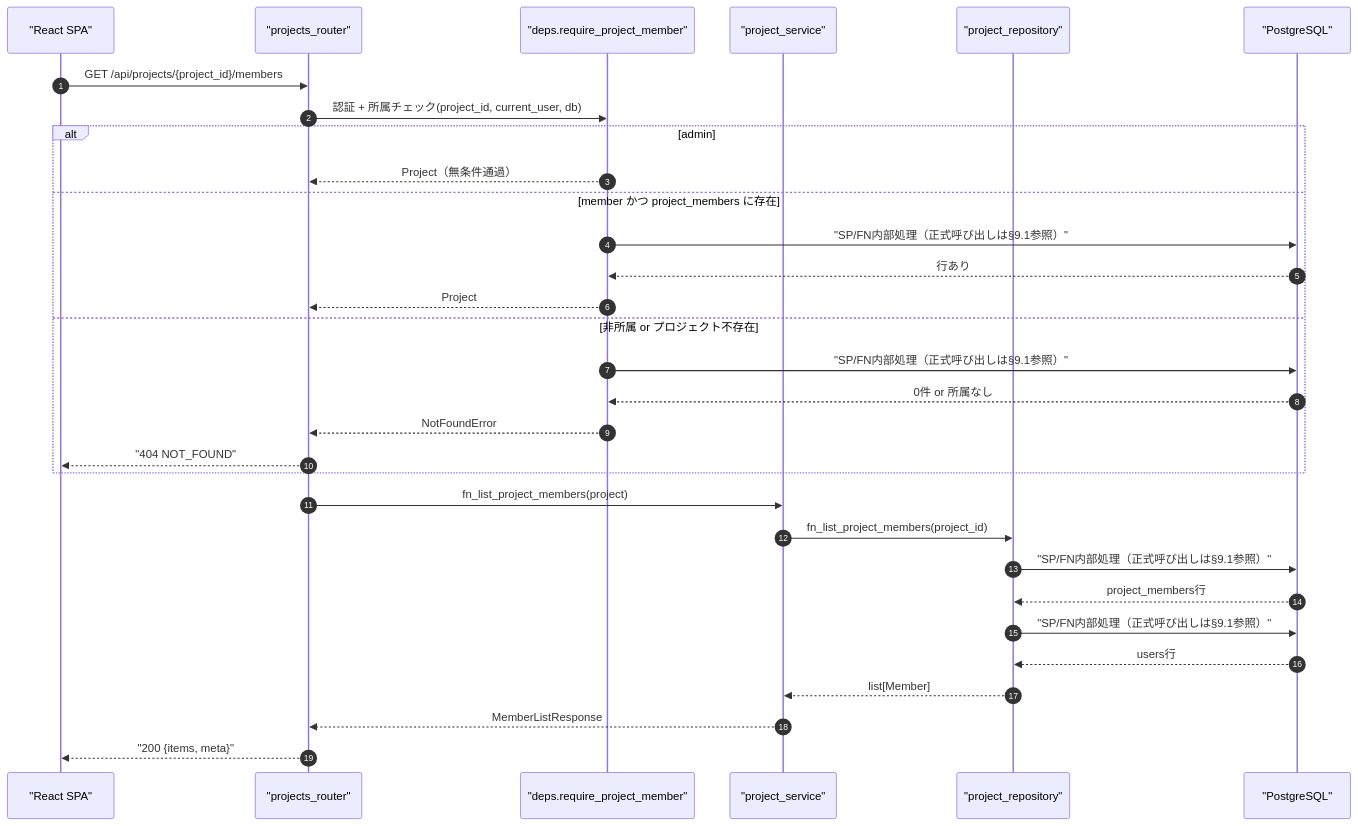
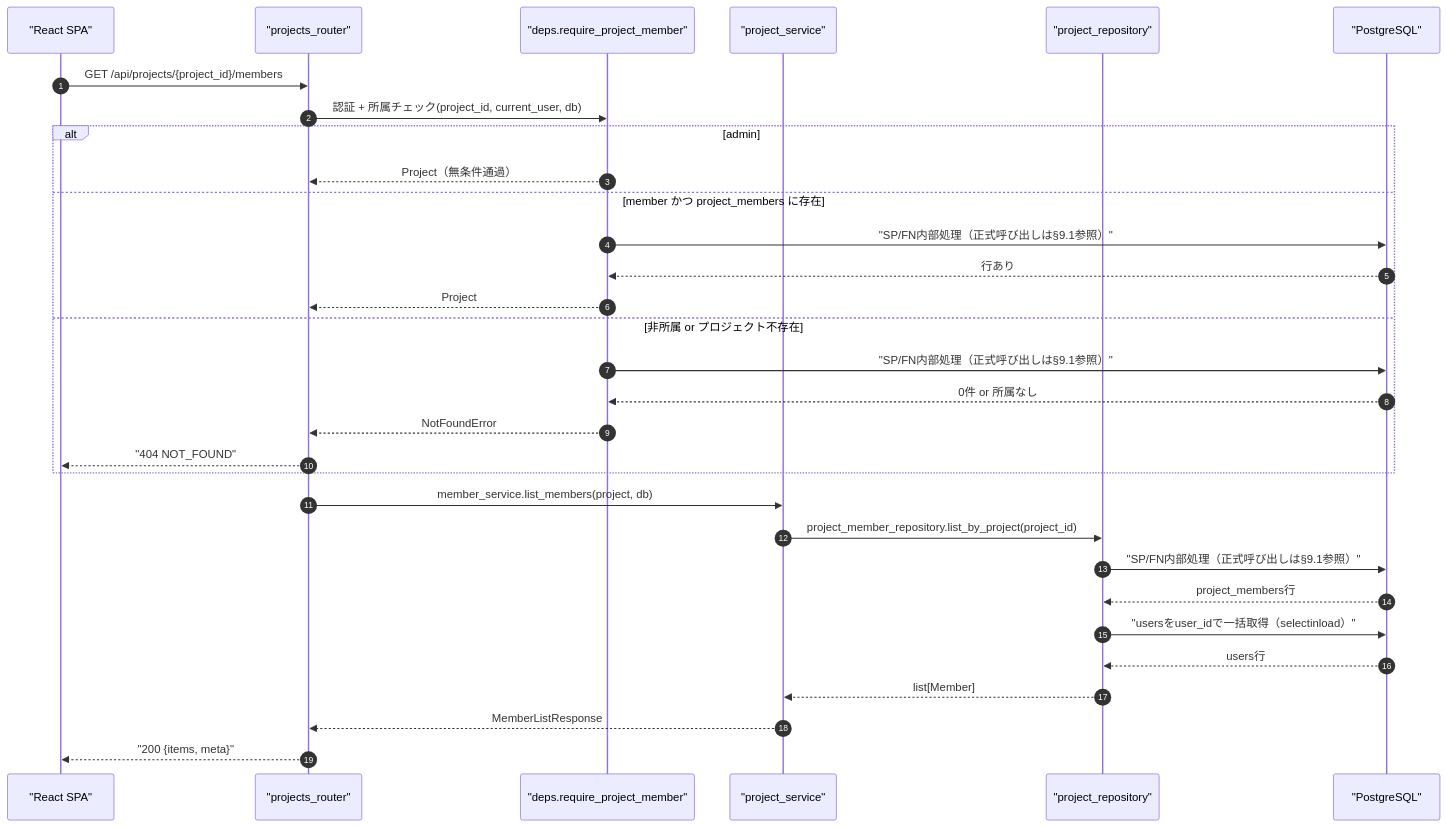
Before and after one commit to oikawa-d/task_management: the first of 4 diagrams in docs/detailed_design/api/projects/06_get_project_members.md, drawn with Mermaid. The commit also changed other lines of this file and 5 other files, not shown here.

````diff
--- a/docs/detailed_design/api/projects/06_get_project_members.md
+++ b/docs/detailed_design/api/projects/06_get_project_members.md
@@ -93,34 +93,34 @@
 ```mermaid
 sequenceDiagram
     autonumber
     participant FE as "React SPA"
     participant R as "projects_router"
     participant D as "deps.require_project_member"
     participant S as "project_service"
     participant RP as "project_repository"
     participant PG as "PostgreSQL"
 
     FE->>R: GET /api/projects/{project_id}/members
     R->>D: 認証 + 所属チェック(project_id, current_user, db)
     alt admin
         D-->>R: Project（無条件通過）
     else member かつ project_members に存在
         D->>PG: "SP/FN内部処理（正式呼び出しは§9.1参照）"
         PG-->>D: 行あり
         D-->>R: Project
     else 非所属 or プロジェクト不存在
         D->>PG: "SP/FN内部処理（正式呼び出しは§9.1参照）"
         PG-->>D: 0件 or 所属なし
         D-->>R: NotFoundError
         R-->>FE: "404 NOT_FOUND"
     end
-    R->>S: fn_list_project_members(project)
-    S->>RP: fn_list_project_members(project_id)
+    R->>S: member_service.list_members(project, db)
+    S->>RP: project_member_repository.list_by_project(project_id)
     RP->>PG: "SP/FN内部処理（正式呼び出しは§9.1参照）"
     PG-->>RP: project_members行
-    RP->>PG: "SP/FN内部処理（正式呼び出しは§9.1参照）"
+    RP->>PG: "usersをuser_idで一括取得（selectinload）"
     PG-->>RP: users行
     RP-->>S: list[Member]
     S-->>R: MemberListResponse
     R-->>FE: "200 {items, meta}"
 ```
````
